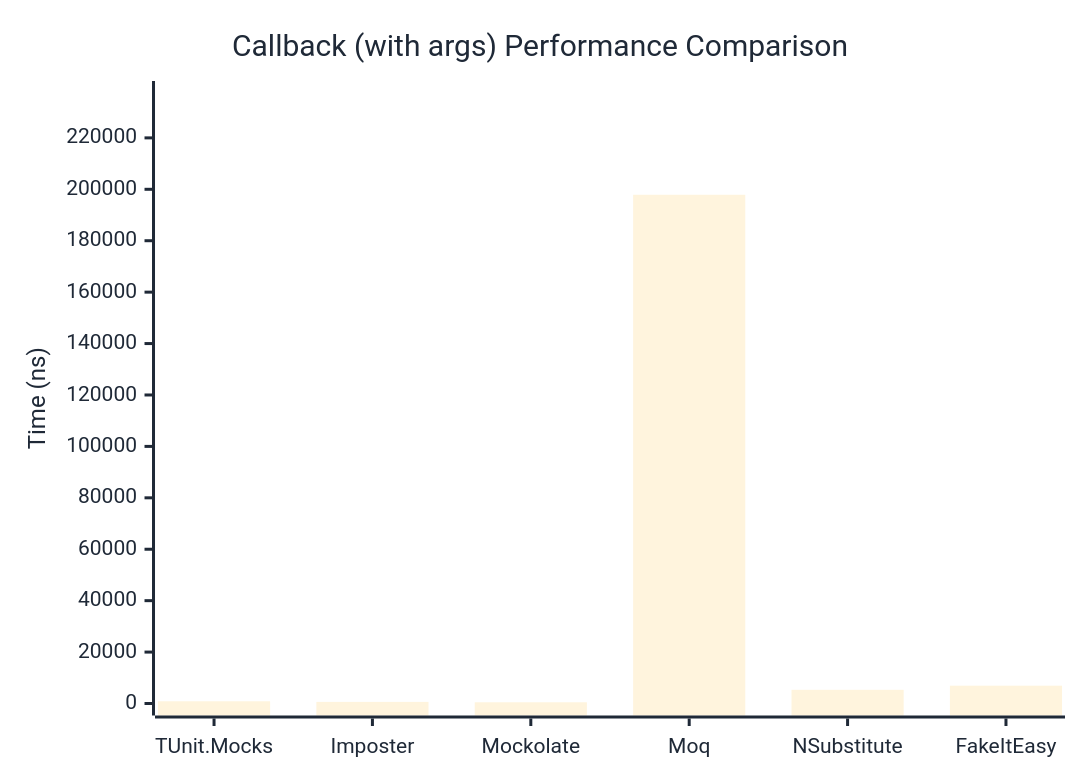
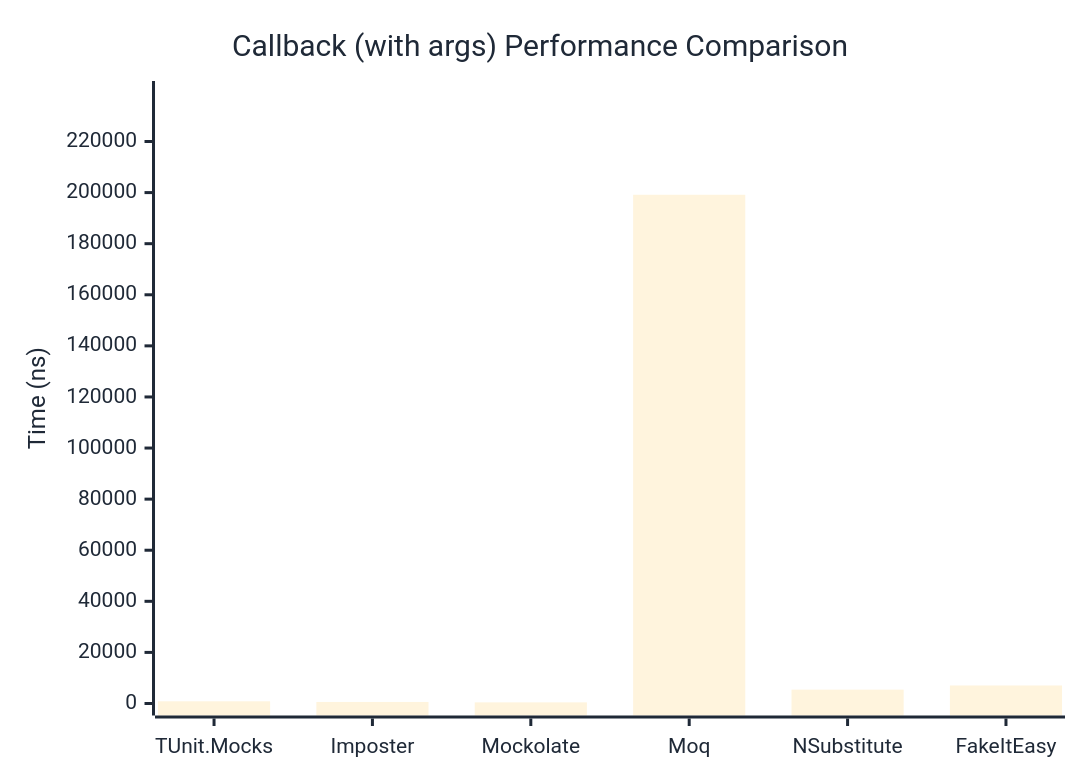
One commit to thomhurst/TUnit changed the second of 2 diagrams in docs/docs/benchmarks/mocks/Callback.md. Above: the diagram before and after it, drawn with Mermaid. The commit also changed other lines of this file and 14 other files, not shown here.

````diff
--- a/docs/docs/benchmarks/mocks/Callback.md
+++ b/docs/docs/benchmarks/mocks/Callback.md
@@ -71,27 +71,27 @@
 ```mermaid
 %%{init: {
   'theme':'base',
   'themeVariables': {
     'primaryColor': '#2563eb',
     'primaryTextColor': '#1f2937',
     'primaryBorderColor': '#1e40af',
     'lineColor': '#6b7280',
     'secondaryColor': '#7c3aed',
     'tertiaryColor': '#dc2626',
     'background': '#ffffff',
     'pie1': '#2563eb',
     'pie2': '#7c3aed',
     'pie3': '#dc2626',
     'pie4': '#f59e0b',
     'pie5': '#10b981',
     'pie6': '#06b6d4',
     'pie7': '#ec4899',
     'pie8': '#6366f1'
   }
 }}%%
 xychart-beta
   title "Callback (with args) Performance Comparison"
   x-axis ["TUnit.Mocks", "Imposter", "Mockolate", "Moq", "NSubstitute", "FakeItEasy"]
-  y-axis "Time (ns)" 0 --> 237456
-  bar [861.7, 625.8, 472.7, 197879.2, 5322.1, 6927.7]
+  y-axis "Time (ns)" 0 --> 238989
+  bar [854.5, 602.2, 451.1, 199156.7, 5418.7, 7060.1]
 ```
````
